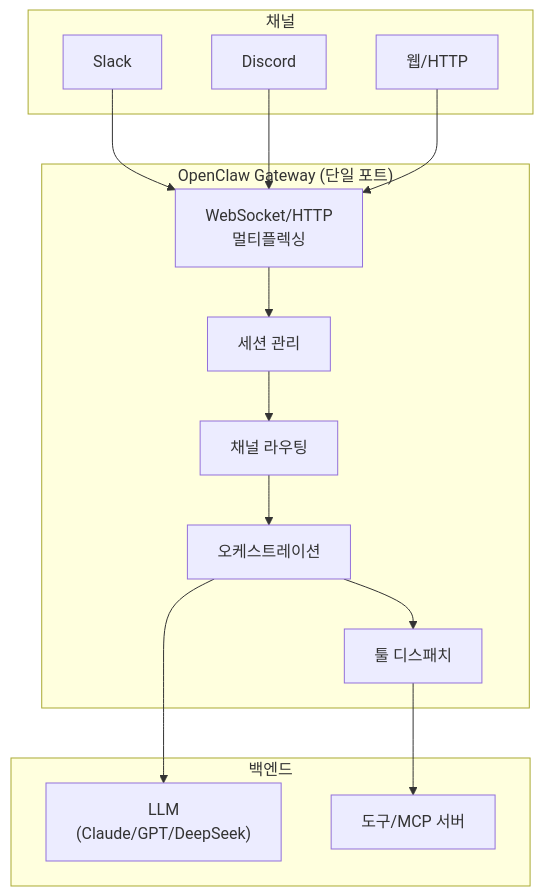
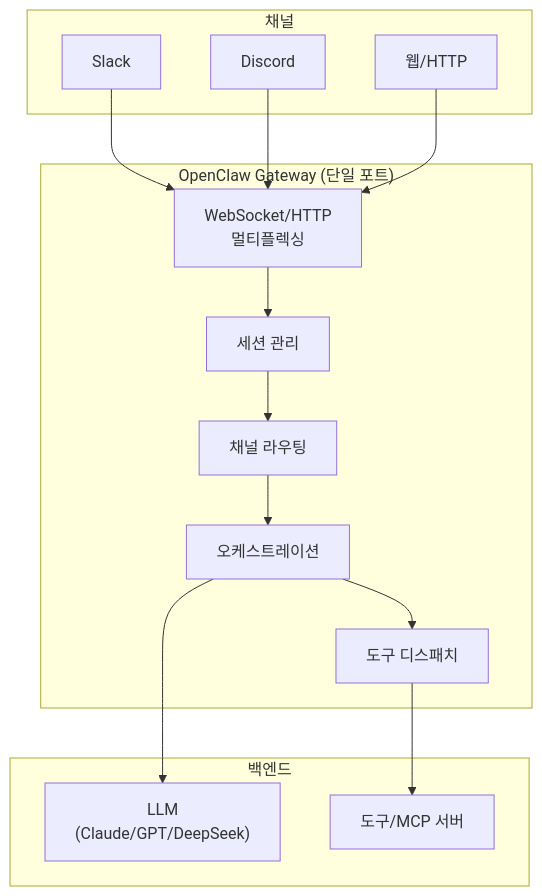
One commit to agent-chobi/agent-atoz changed the first of 2 diagrams in docs/16-self-hosted-runtimes.md. Above: the diagram before and after it, drawn with Mermaid. The commit also changed other lines of this file and 22 other files, not shown here.

````diff
--- a/docs/16-self-hosted-runtimes.md
+++ b/docs/16-self-hosted-runtimes.md
@@ -31,29 +39,29 @@
 ```mermaid
 flowchart TB
     subgraph CH["채널"]
         SL["Slack"]
         DC["Discord"]
         WEB["웹/HTTP"]
     end
 
     subgraph GW["OpenClaw Gateway (단일 포트)"]
         MUX["WebSocket/HTTP<br/>멀티플렉싱"]
         SESS["세션 관리"]
         ROUTE["채널 라우팅"]
-        DISP["툴 디스패치"]
+        DISP["도구 디스패치"]
         ORCH["오케스트레이션"]
     end
 
     subgraph BE["백엔드"]
         LLM["LLM<br/>(Claude/GPT/DeepSeek)"]
         TOOLS["도구/MCP 서버"]
     end
 
     SL --> MUX
     DC --> MUX
     WEB --> MUX
     MUX --> SESS --> ROUTE --> ORCH
     ORCH --> DISP
     DISP --> TOOLS
     ORCH --> LLM
 ```
````
